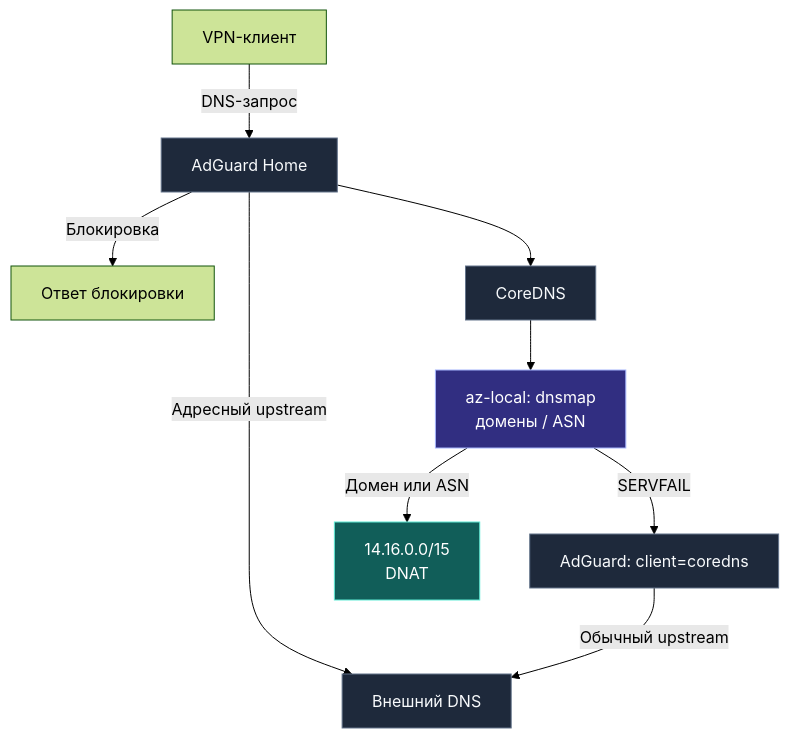
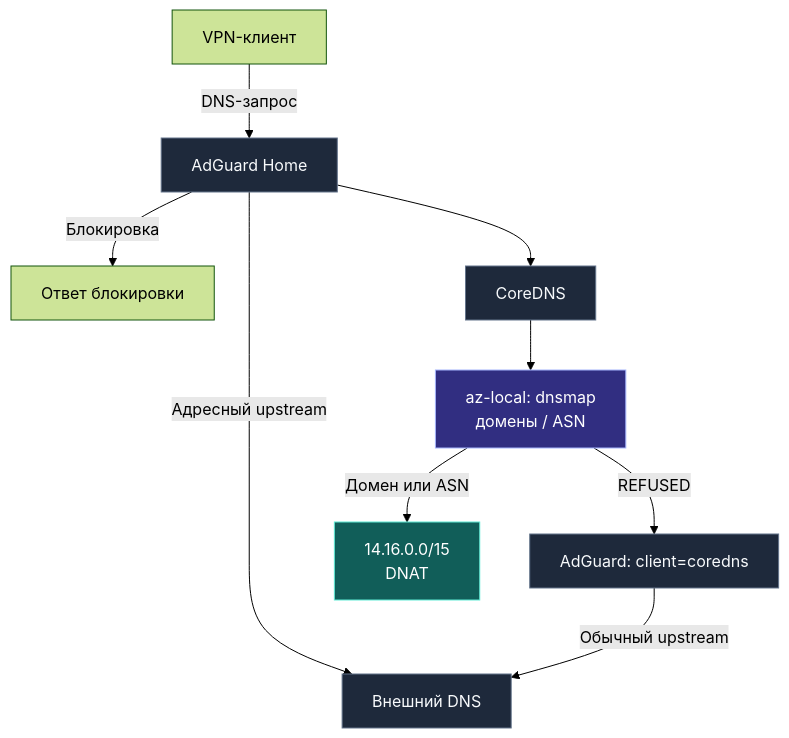
The second of 3 diagrams in README_RU.md (xtrime-ru/antizapret-vpn-docker), drawn with Mermaid (forest theme) before and after one commit. The commit also changed other lines of this file and 14 other files, not shown here.

````diff
--- a/README_RU.md
+++ b/README_RU.md
@@ -804,18 +804,18 @@
 ```mermaid
 flowchart TB
     client["VPN-клиент"] -->|DNS-запрос| adguard["AdGuard Home"]
     adguard -->|Блокировка| deny["Ответ блокировки"]
     adguard -->|Адресный upstream| external["Внешний DNS"]
     adguard --> core["CoreDNS"]
     core --> local
     local["az-local: dnsmap<br/>домены / ASN"]
     local -->|Домен или ASN| localip["14.16.0.0/15<br/>DNAT"]
-    local -->|SERVFAIL| retry["AdGuard: client=coredns"]
+    local -->|REFUSED| retry["AdGuard: client=coredns"]
     retry -->|Обычный upstream| external
     classDef service fill:#1e293b,stroke:#64748b,color:#f8fafc
     classDef exit fill:#312e81,stroke:#a5b4fc,color:#ffffff
     classDef mapped fill:#115e59,stroke:#5eead4,color:#ffffff
     class adguard,core,retry,external service
     class local exit
     class localip mapped
 ```
````
